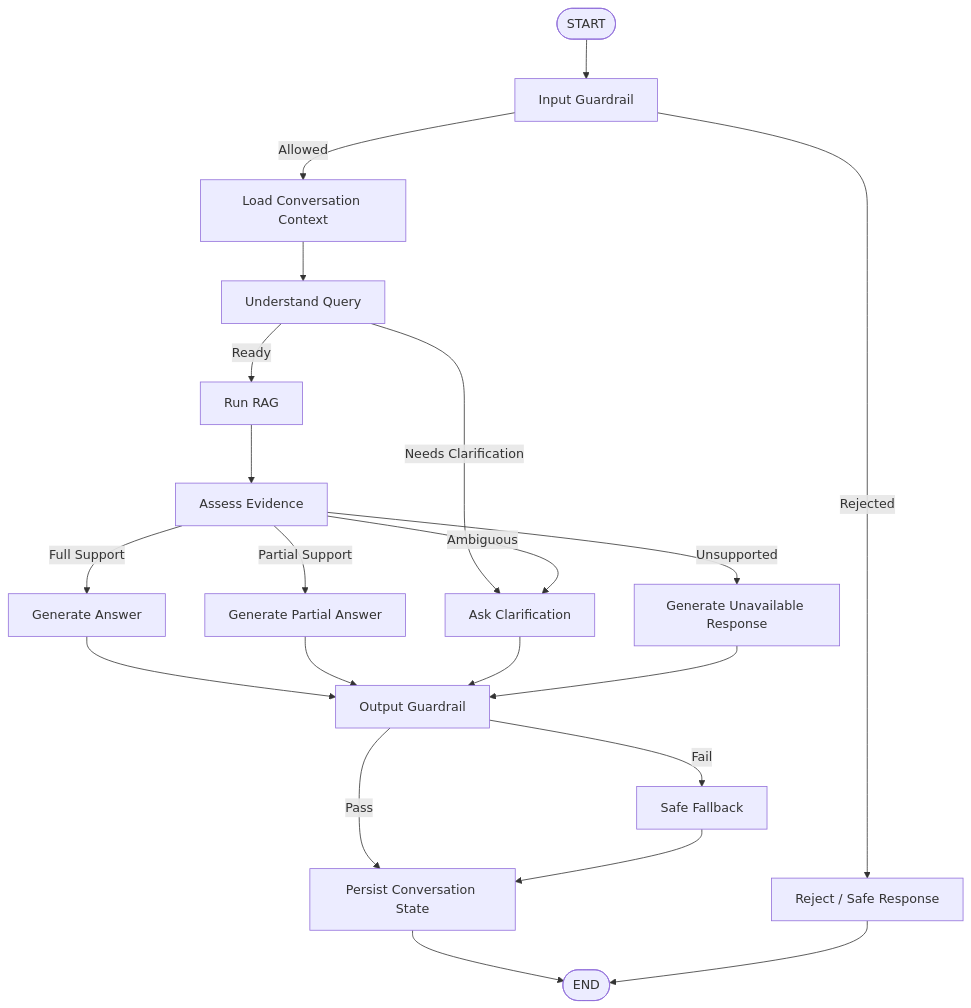
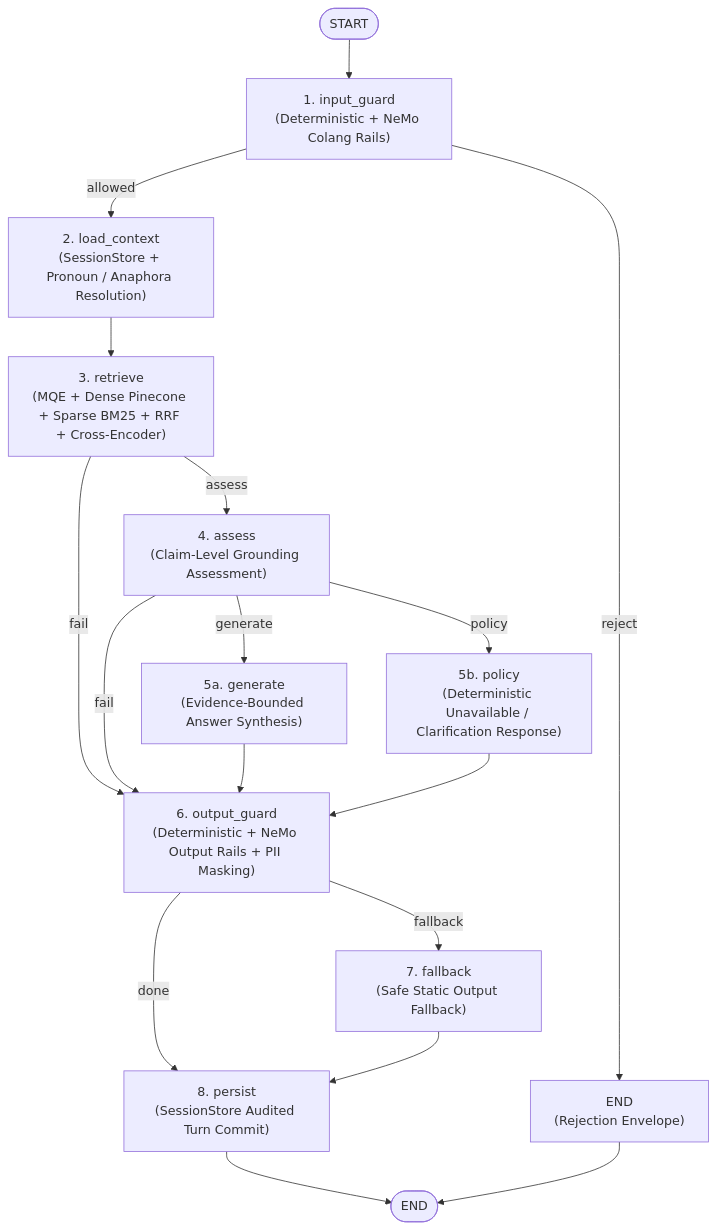
The second of 8 diagrams in docs/AGENT_DESIGN.md (AdithyaGopakumar/Advanced-RAG-Banking), drawn with Mermaid before and after one commit. The commit also changed other lines of this file and 8 other files, not shown here.

````diff
--- a/docs/AGENT_DESIGN.md
+++ b/docs/AGENT_DESIGN.md
@@ -144,32 +146,26 @@
 ```mermaid
 flowchart TD
-    START(["START"]) --> InputGuard["Input Guardrail"]
+    START(["START"]) --> InputGuard["1. input_guard<br/>(Deterministic + NeMo Colang Rails)"]
 
-    InputGuard -->|Rejected| InputReject["Reject / Safe Response"]
-    InputGuard -->|Allowed| LoadContext["Load Conversation Context"]
+    InputGuard -->|reject| InputReject["END<br/>(Rejection Envelope)"]
+    InputGuard -->|allowed| LoadContext["2. load_context<br/>(SessionStore + Pronoun / Anaphora Resolution)"]
 
-    LoadContext --> Understand["Understand Query"]
+    LoadContext --> Retrieve["3. retrieve<br/>(MQE + Dense Pinecone + Sparse BM25 + RRF + Cross-Encoder)"]
 
-    Understand -->|Needs Clarification| Clarify["Ask Clarification"]
-    Understand -->|Ready| Retrieve["Run RAG"]
+    Retrieve -->|fail| OutputGuard["6. output_guard<br/>(Deterministic + NeMo Output Rails + PII Masking)"]
+    Retrieve -->|assess| Assess["4. assess<br/>(Claim-Level Grounding Assessment)"]
 
-    Retrieve --> Assess["Assess Evidence"]
+    Assess -->|generate| Generate["5a. generate<br/>(Evidence-Bounded Answer Synthesis)"]
+    Assess -->|policy| Policy["5b. policy<br/>(Deterministic Unavailable / Clarification Response)"]
+    Assess -->|fail| OutputGuard
 
-    Assess -->|Full Support| Generate["Generate Answer"]
-    Assess -->|Partial Support| GeneratePartial["Generate Partial Answer"]
-    Assess -->|Ambiguous| Clarify
-    Assess -->|Unsupported| Unavailable["Generate Unavailable Response"]
+    Generate --> OutputGuard
+    Policy --> OutputGuard
 
-    Generate --> Validate["Output Guardrail"]
-    GeneratePartial --> Validate
-    Clarify --> Validate
-    Unavailable --> Validate
-
-    Validate -->|Pass| Persist["Persist Conversation State"]
-    Validate -->|Fail| Fallback["Safe Fallback"]
+    OutputGuard -->|fallback| Fallback["7. fallback<br/>(Safe Static Output Fallback)"]
+    OutputGuard -->|done| Persist["8. persist<br/>(SessionStore Audited Turn Commit)"]
 
     Fallback --> Persist
     Persist --> END(["END"])
-
     InputReject --> END
 ```
````
